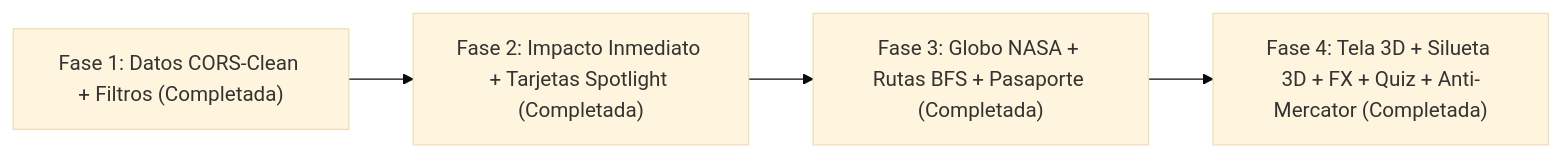
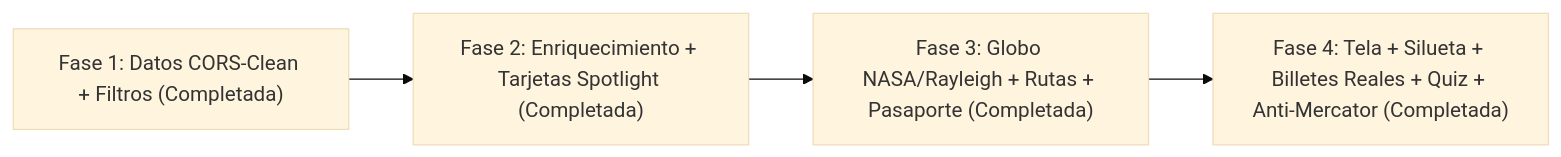
One commit to Facusere/Atlas changed the diagram in docs/GUIA_DE_USO_Y_DESPLIEGUE.md. Above: the diagram before and after it, drawn with Mermaid (base theme). The commit also changed other lines of this file and 21 other files, not shown here.

````diff
--- a/docs/GUIA_DE_USO_Y_DESPLIEGUE.md
+++ b/docs/GUIA_DE_USO_Y_DESPLIEGUE.md
@@ -50,6 +51,6 @@
 ```mermaid
 flowchart LR
-    F1["Fase 1: Datos CORS-Clean + Filtros (Completada)"] --> F2["Fase 2: Impacto Inmediato + Tarjetas Spotlight (Completada)"]
-    F2 --> F3["Fase 3: Globo NASA + Rutas BFS + Pasaporte (Completada)"]
-    F3 --> F4["Fase 4: Tela 3D + Silueta 3D + FX + Quiz + Anti-Mercator (Completada)"]
+    F1["Fase 1: Datos CORS-Clean + Filtros (Completada)"] --> F2["Fase 2: Enriquecimiento + Tarjetas Spotlight (Completada)"]
+    F2 --> F3["Fase 3: Globo NASA/Rayleigh + Rutas + Pasaporte (Completada)"]
+    F3 --> F4["Fase 4: Tela + Silueta + Billetes Reales + Quiz + Anti-Mercator (Completada)"]
 ```
````
